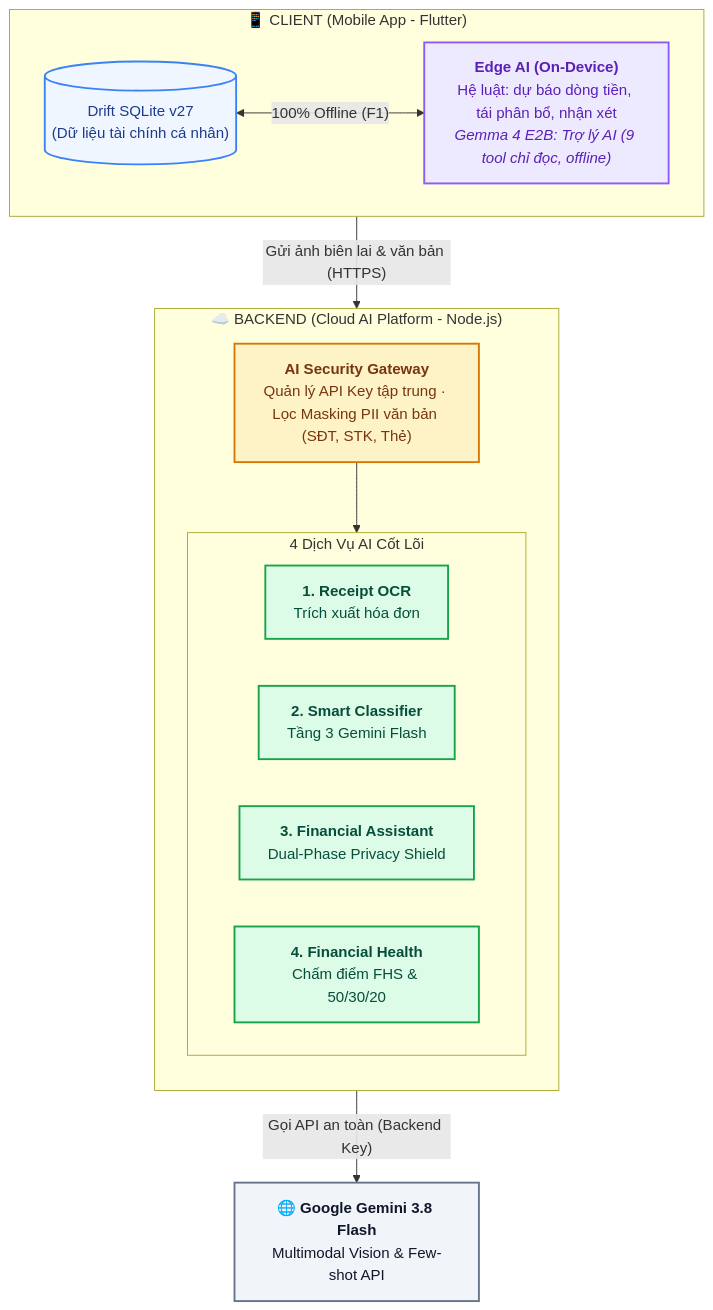
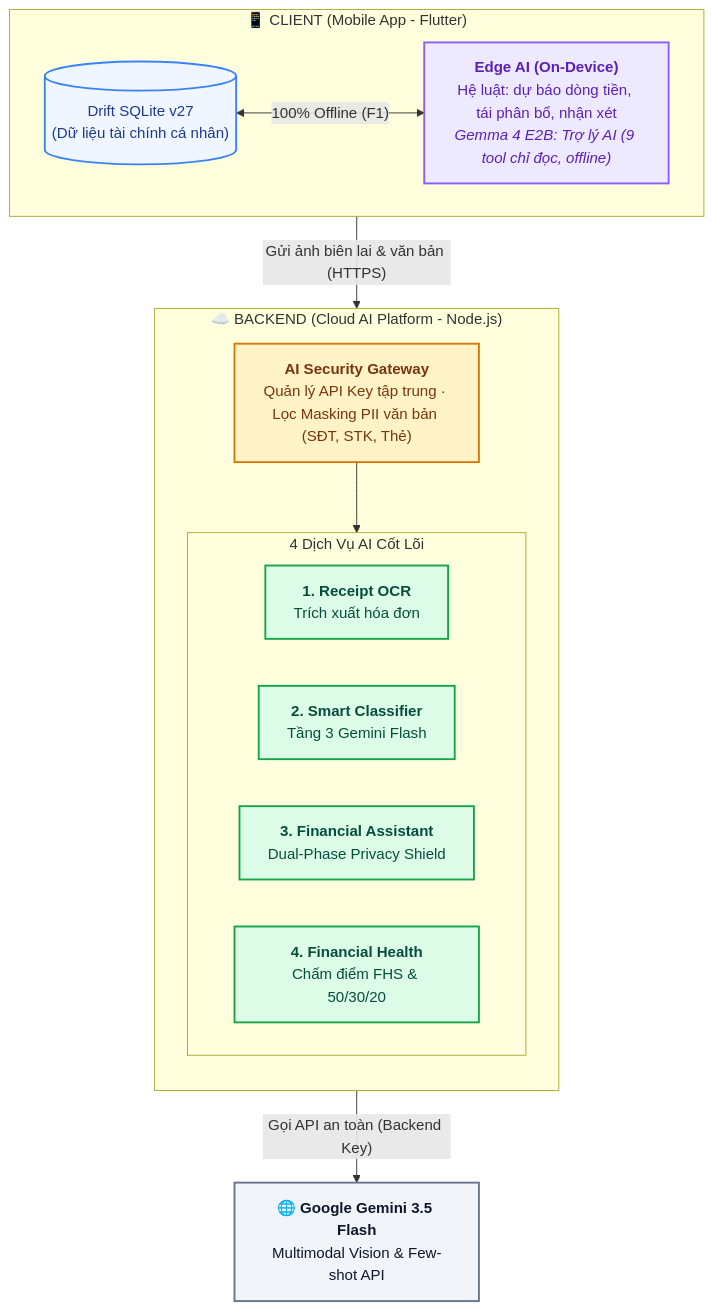
The first of 2 diagrams in docs/AI/AI_ARCHITECTURE_DIAGRAM.md (NguyenPhuBao/ManagementFinance), drawn with Mermaid before and after one commit. The commit also changed other lines of this file and 12 other files, not shown here.

First line of the commit message:
docs: trang kết quả thanh toán, tên miền Admin-web, Gemini 3.5 Flash

````diff
--- a/docs/AI/AI_ARCHITECTURE_DIAGRAM.md
+++ b/docs/AI/AI_ARCHITECTURE_DIAGRAM.md
@@ -10,37 +10,37 @@
 ```mermaid
 flowchart TB
   %% Theme & Styling tối giản, hiện đại
   classDef client fill:#EFF6FF,stroke:#3B82F6,stroke-width:2px,color:#1E3A8A;
   classDef edge fill:#EDE9FE,stroke:#8B5CF6,stroke-width:2px,color:#5B21B6;
   classDef gateway fill:#FEF3C7,stroke:#D97706,stroke-width:2px,color:#78350F;
   classDef service fill:#DCFCE7,stroke:#16A34A,stroke-width:2px,color:#064E3B;
   classDef cloud fill:#F1F5F9,stroke:#64748B,stroke-width:2px,color:#0F172A;
 
   subgraph CLIENT["📱 CLIENT (Mobile App - Flutter)"]
     direction LR
     LOCAL_DB[("Drift SQLite v27<br/>(Dữ liệu tài chính cá nhân)")]:::client
     EDGE_AI["<b>Edge AI (On-Device)</b><br/>Hệ luật: dự báo dòng tiền, tái phân bổ, nhận xét<br/><i>Gemma 4 E2B: Trợ lý AI (9 tool chỉ đọc, offline)</i>"]:::edge
     LOCAL_DB <-->|"100% Offline (F1)"| EDGE_AI
   end
 
   subgraph BACKEND["☁️ BACKEND (Cloud AI Platform - Node.js)"]
     direction TB
     GATEWAY["<b>AI Security Gateway</b><br/>Quản lý API Key tập trung · Lọc Masking PII văn bản (SĐT, STK, Thẻ)"]:::gateway
 
     subgraph PIPELINES["4 Dịch Vụ AI Cốt Lõi"]
       direction LR
       OCR["<b>1. Receipt OCR</b><br/>Trích xuất hóa đơn"]:::service
       CLASSIFIER["<b>2. Smart Classifier</b><br/>Tầng 3 Gemini Flash"]:::service
       ASSISTANT["<b>3. Financial Assistant</b><br/>Dual-Phase Privacy Shield"]:::service
       HEALTH["<b>4. Financial Health</b><br/>Chấm điểm FHS & 50/30/20"]:::service
     end
 
     GATEWAY --> PIPELINES
   end
 
-  GEMINI["<b>🌐 Google Gemini 3.8 Flash</b><br/>Multimodal Vision & Few-shot API"]:::cloud
+  GEMINI["<b>🌐 Google Gemini 3.5 Flash</b><br/>Multimodal Vision & Few-shot API"]:::cloud
 
   %% Kết nối chính
   CLIENT -->|"Gửi ảnh biên lai & văn bản (HTTPS)"| GATEWAY
   PIPELINES -->|"Gọi API an toàn (Backend Key)"| GEMINI
 ```
````
